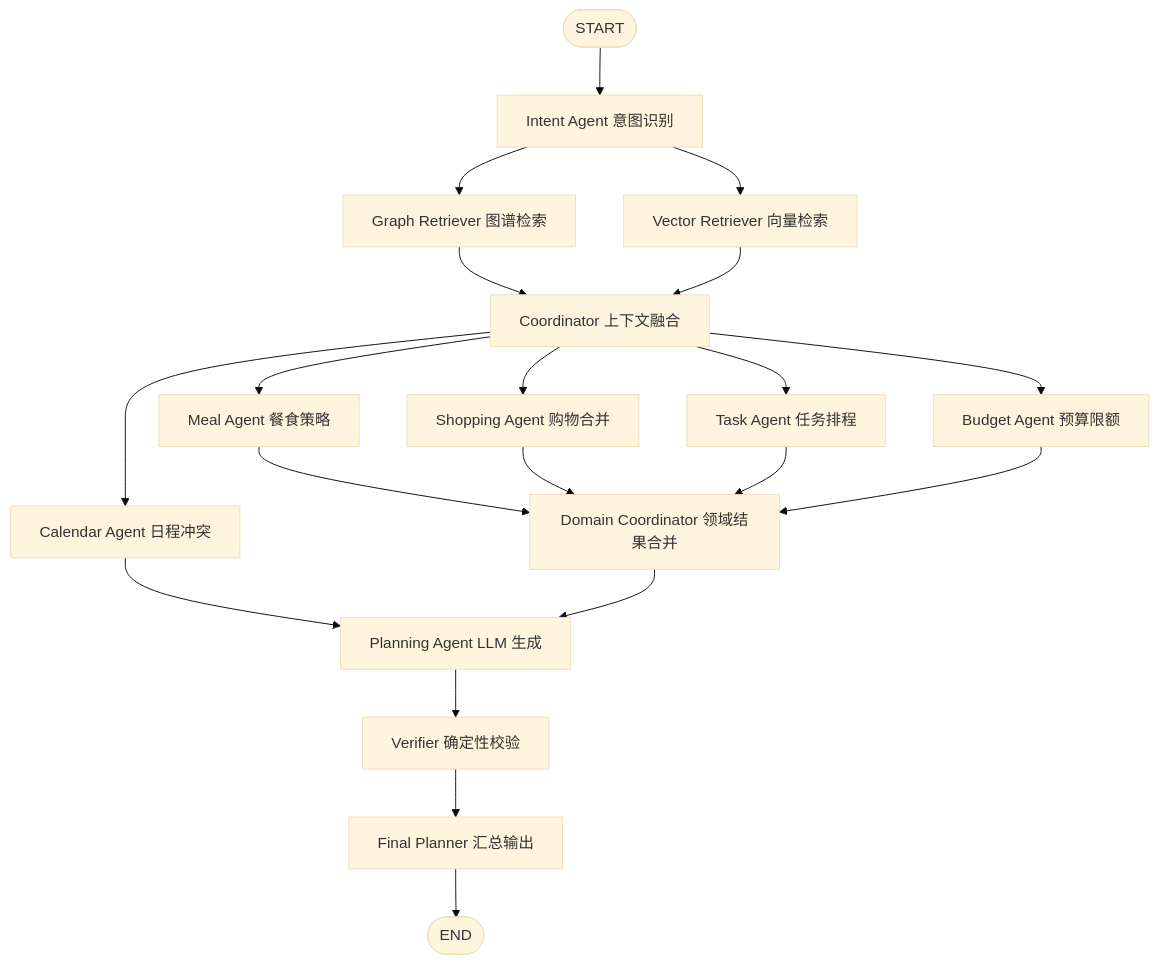
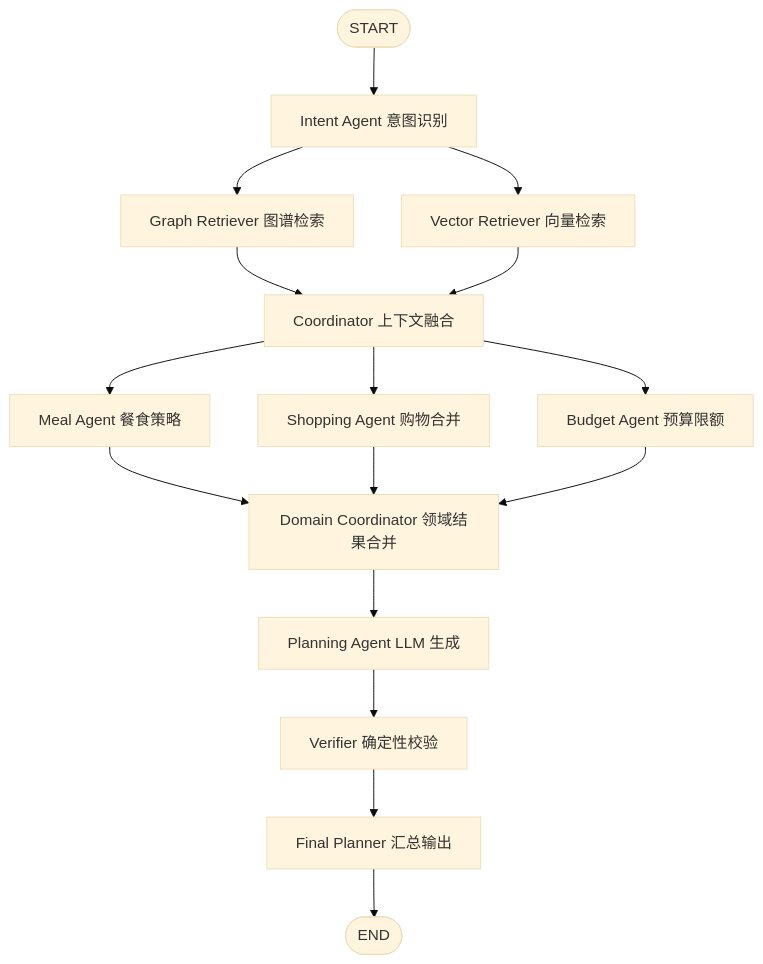
Before and after one commit to renyishu53/Sole-Cuisine: the eighth of 11 diagrams in SoloChef 项目分析报告.md, drawn with Mermaid (base theme). The commit also changed other lines of this file, not shown here.

````diff
--- a/SoloChef 项目分析报告.md
+++ b/SoloChef 项目分析报告.md
@@ -411,22 +421,18 @@
 ```mermaid
 flowchart TD
     A([START]) --> B[Intent Agent 意图识别]
     B --> C[Graph Retriever 图谱检索]
     B --> D[Vector Retriever 向量检索]
     C --> E[Coordinator 上下文融合]
     D --> E
-    E --> F[Calendar Agent 日程冲突]
     E --> G[Meal Agent 餐食策略]
     E --> H[Shopping Agent 购物合并]
-    E --> I[Task Agent 任务排程]
     E --> J[Budget Agent 预算限额]
     G --> K[Domain Coordinator 领域结果合并]
     H --> K
-    I --> K
     J --> K
-    F --> L[Planning Agent LLM 生成]
-    K --> L
+    K --> L[Planning Agent LLM 生成]
     L --> M[Verifier 确定性校验]
     M --> N[Final Planner 汇总输出]
     N --> O([END])
 ```
````
